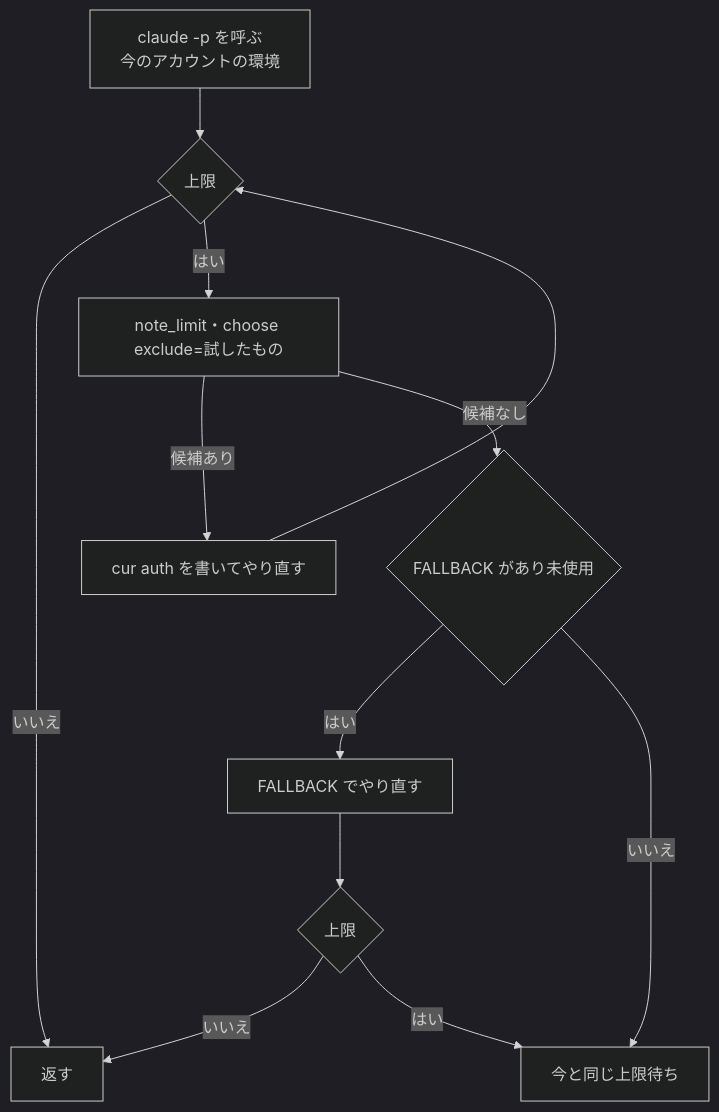
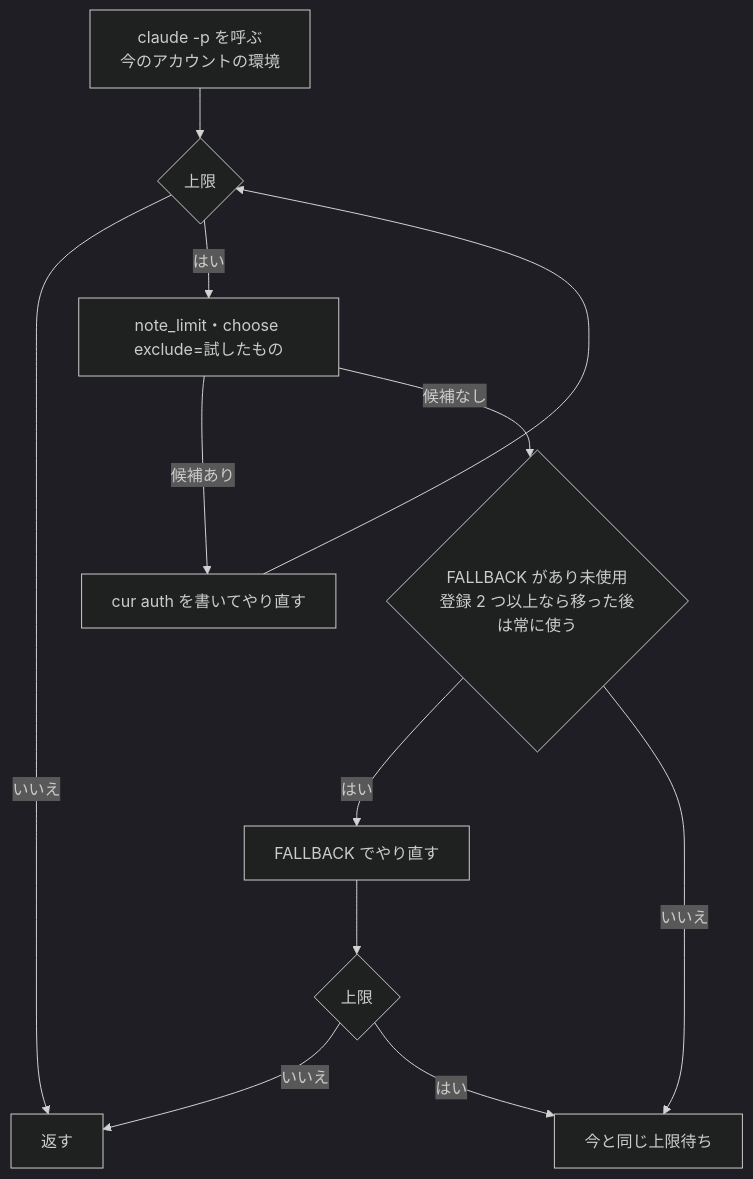
The eighth of 9 diagrams in issues/issue-1389-design.md (devbasex/ai-plugins), drawn with Mermaid (dark theme) before and after one commit. The commit also changed other lines of this file and 4 other files, not shown here.

````diff
--- a/issues/issue-1389-design.md
+++ b/issues/issue-1389-design.md
@@ -472,12 +507,12 @@
 ```mermaid
 graph TD
     A[claude -p を呼ぶ<br>今のアカウントの環境] --> B{上限}
     B -->|いいえ| Z[返す]
     B -->|はい| C[note_limit・choose exclude=試したもの]
     C -->|候補あり| D[cur auth を書いてやり直す] --> B
-    C -->|候補なし| E{FALLBACK があり未使用}
+    C -->|候補なし| E{FALLBACK があり未使用<br>登録 2 つ以上なら移った後は常に使う}
     E -->|はい| F[FALLBACK でやり直す] --> G{上限}
     G -->|いいえ| Z
     G -->|はい| W[今と同じ上限待ち]
     E -->|いいえ| W
 ```
````
